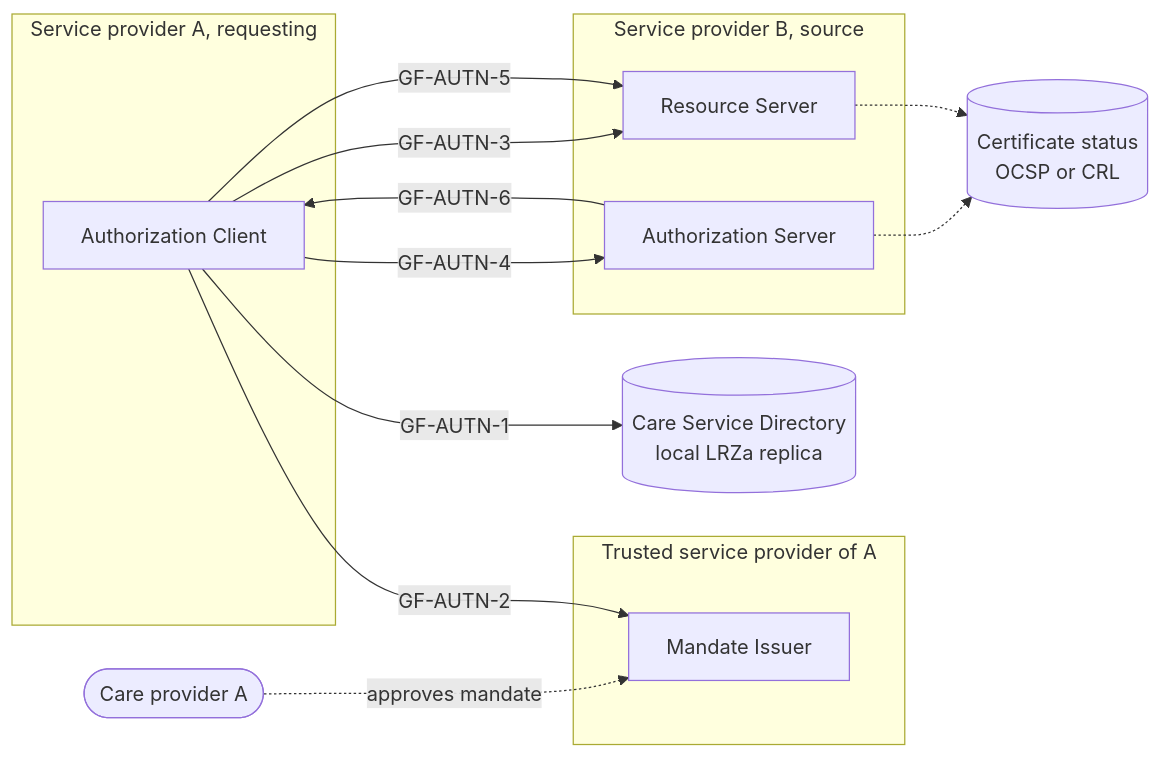
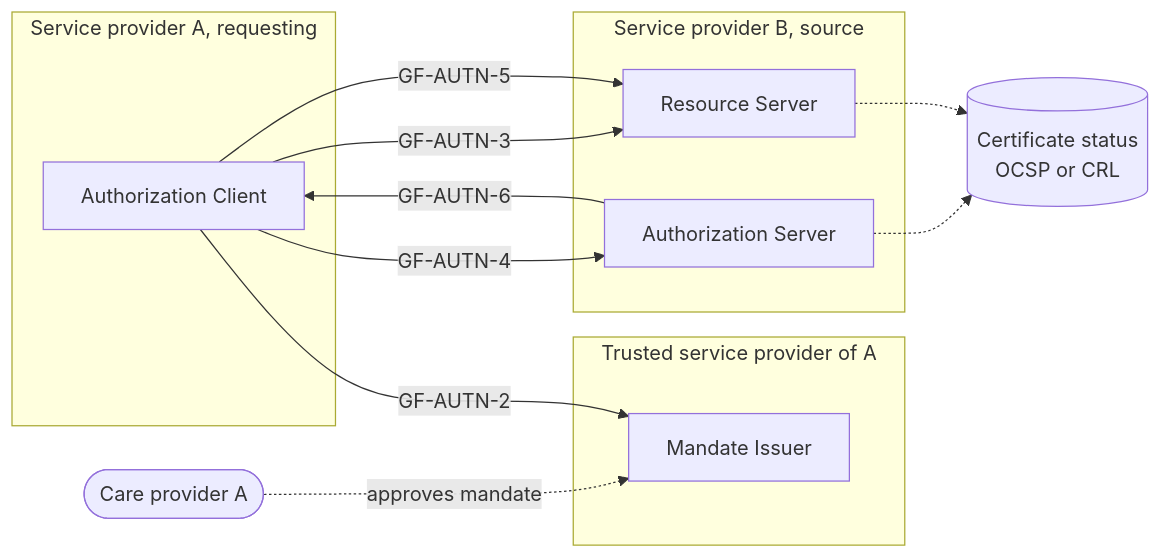
The first of 2 diagrams in input/pagecontent/authentication.md (minvws/generiekefuncties-docs), drawn with Mermaid before and after one commit. The commit also changed other lines of this file and 7 other files, not shown here.

````diff
--- a/input/pagecontent/authentication.md
+++ b/input/pagecontent/authentication.md
@@ -50,25 +66,23 @@
 ```mermaid
 flowchart LR
     CPA([Care provider A])
     subgraph SPA [Service provider A, requesting]
         AC[Authorization Client]
     end
     subgraph TSPA [Trusted service provider of A]
         MI[Mandate Issuer]
     end
     subgraph SPB [Service provider B, source]
         AS[Authorization Server]
         RS[Resource Server]
     end
-    CSD[(Care Service Directory<br/>local LRZa replica)]
     OCSP[(Certificate status<br/>OCSP or CRL)]
     CPA -. approves mandate .-> MI
-    AC -- GF-AUTN-1 --> CSD
     AC -- GF-AUTN-2 --> MI
     AC -- GF-AUTN-3 --> RS
     AC -- GF-AUTN-4 --> AS
     AC -- GF-AUTN-5 --> RS
     AS -- GF-AUTN-6 --> AC
     AS -.-> OCSP
     RS -.-> OCSP
 ```
````
